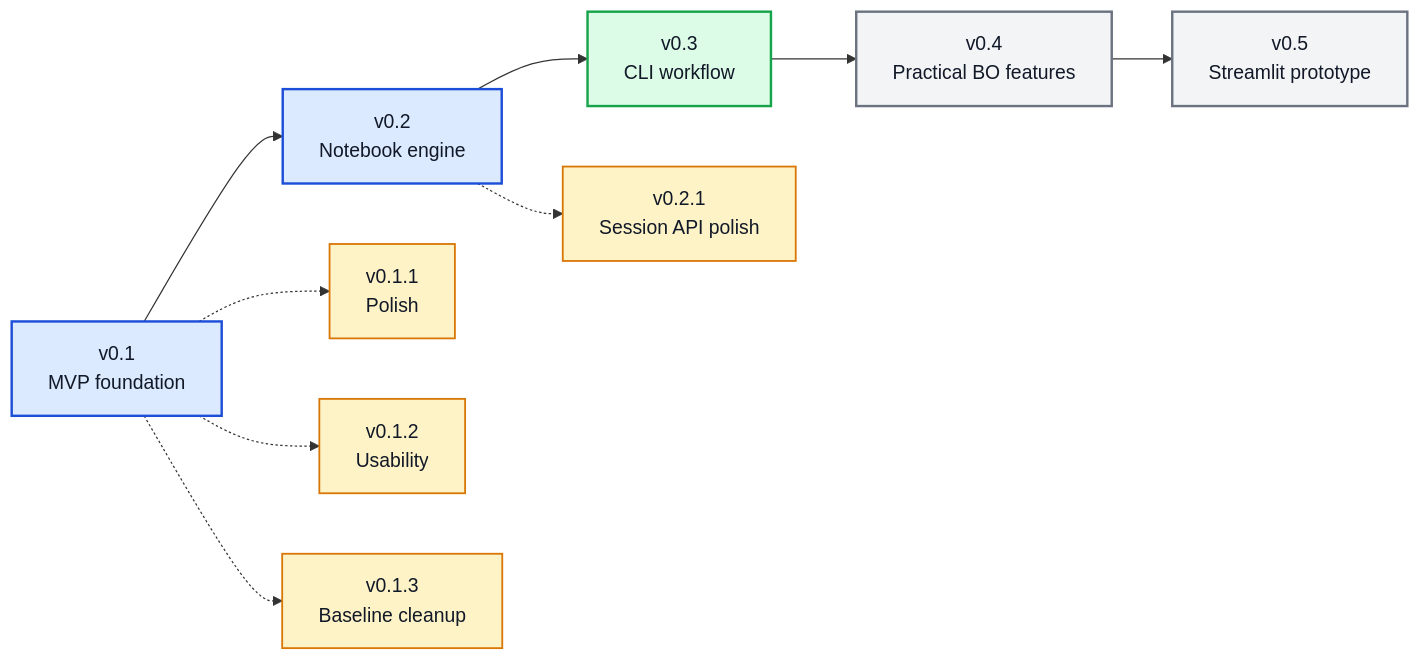
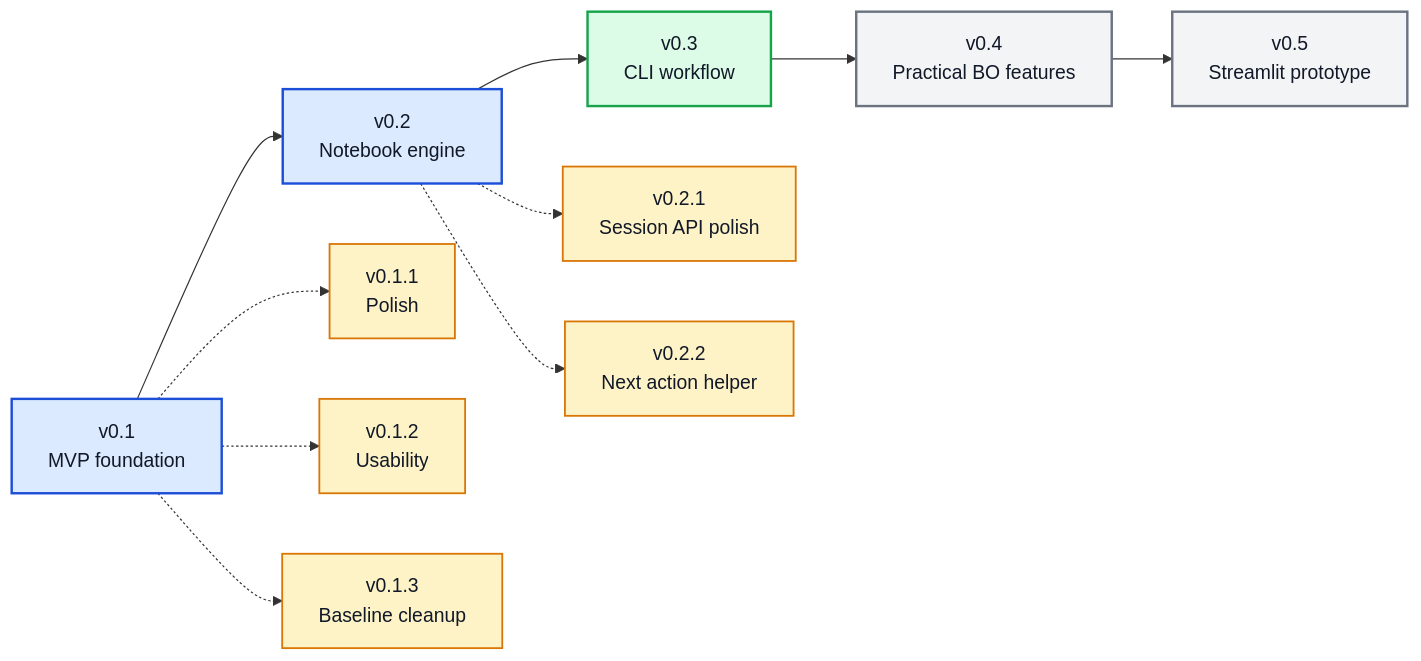
One commit to angzeli/bo-forge changed the diagram in ROADMAP.md. Above: the diagram before and after it, drawn with Mermaid. The commit also changed other lines of this file and 9 other files, not shown here.

Commit message:
v0.2.2 update: add campaign.next_action()

````diff
--- a/ROADMAP.md
+++ b/ROADMAP.md
@@ -7,24 +7,26 @@
 ```mermaid
 flowchart LR
     v01["v0.1<br/>MVP foundation"] --> v02["v0.2<br/>Notebook engine"] --> v03["v0.3<br/>CLI workflow"] --> v04["v0.4<br/>Practical BO features"] --> v05["v0.5<br/>Streamlit prototype"]
 
     v011["v0.1.1<br/>Polish"]
     v012["v0.1.2<br/>Usability"]
     v013["v0.1.3<br/>Baseline cleanup"]
     v021["v0.2.1<br/>Session API polish"]
+    v022["v0.2.2<br/>Next action helper"]
     
     v01 -.-> v011
     v01 -.-> v012
     v01 -.-> v013
     v02 -.-> v021
+    v02 -.-> v022
     
     class v01,v02 majorDone
     class v03 majorNext
     class v04,v05 majorFuture
-    class v011,v012,v013,v021 patchDone
+    class v011,v012,v013,v021,v022 patchDone
 
     classDef majorDone fill:#dbeafe,stroke:#1d4ed8,stroke-width:2px,color:#111827;
     classDef majorNext fill:#dcfce7,stroke:#16a34a,stroke-width:2px,color:#111827;
     classDef majorFuture fill:#f3f4f6,stroke:#6b7280,stroke-width:2px,color:#111827;
     classDef patchDone fill:#fef3c7,stroke:#d97706,stroke-width:1.5px,color:#111827;
 ```
````
